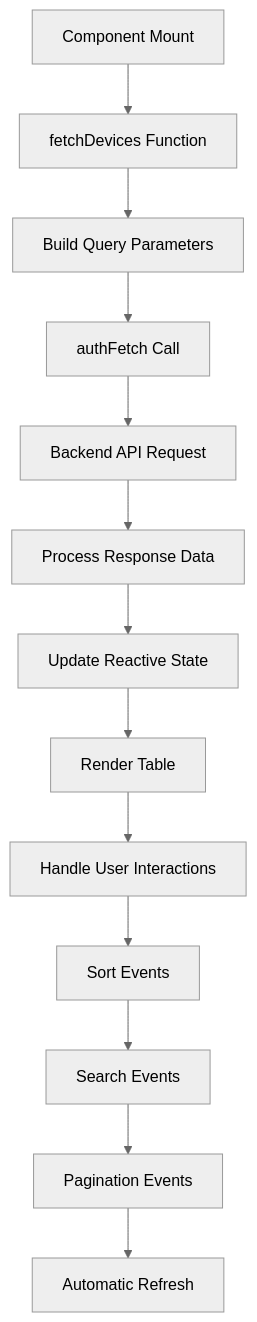
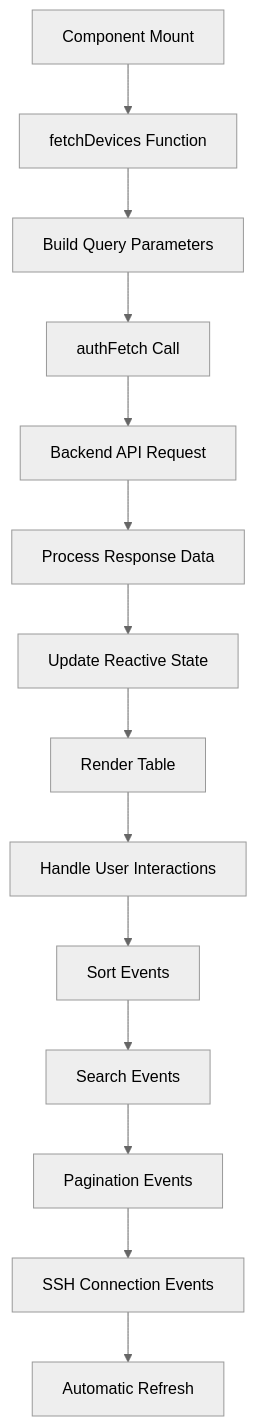
The fourth of 8 diagrams in .qoder/repowiki/en/content/Built-in Plugins/Inventory Plugin.md (Nikita5543/New-SSO-02), drawn with Mermaid (neutral theme) before and after one commit. The commit also changed other lines of this file and 6 other files, not shown here.

````diff
--- a/.qoder/repowiki/en/content/Built-in Plugins/Inventory Plugin.md
+++ b/.qoder/repowiki/en/content/Built-in Plugins/Inventory Plugin.md
@@ -198,15 +212,16 @@
 ```mermaid
 flowchart TD
 A[Component Mount] --> B[fetchDevices Function]
 B --> C[Build Query Parameters]
 C --> D[authFetch Call]
 D --> E[Backend API Request]
 E --> F[Process Response Data]
 F --> G[Update Reactive State]
 G --> H[Render Table]
 H --> I[Handle User Interactions]
 I --> J[Sort Events]
 J --> K[Search Events]
 K --> L[Pagination Events]
-L --> M[Automatic Refresh]
+L --> M[SSH Connection Events]
+M --> N[Automatic Refresh]
 ```
````
